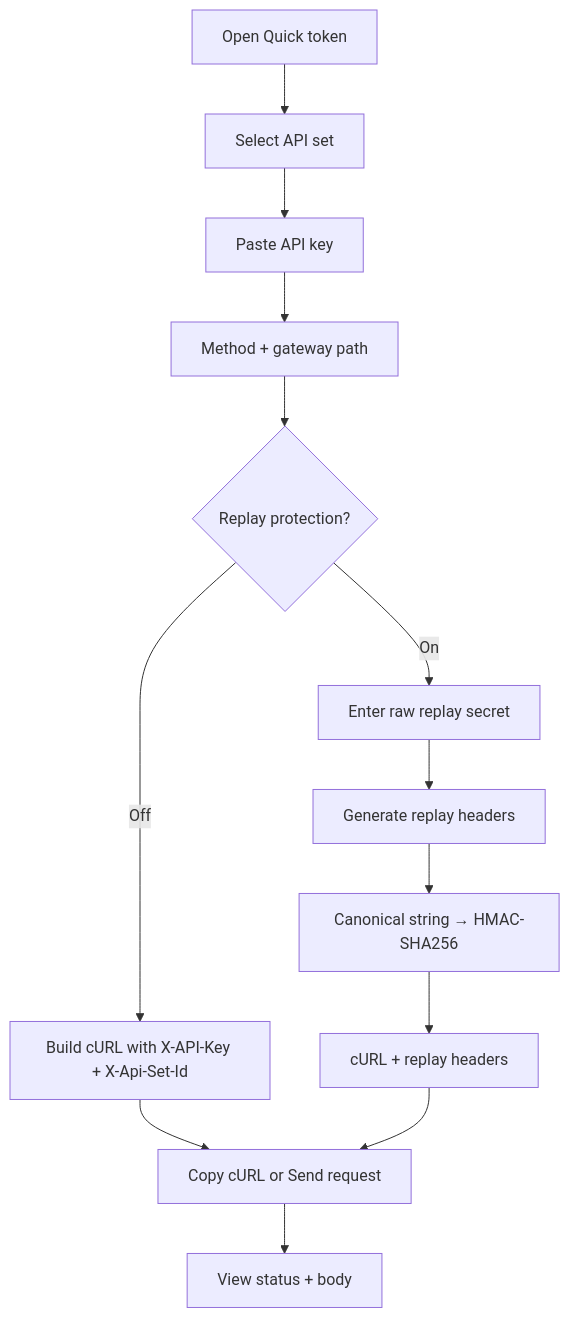
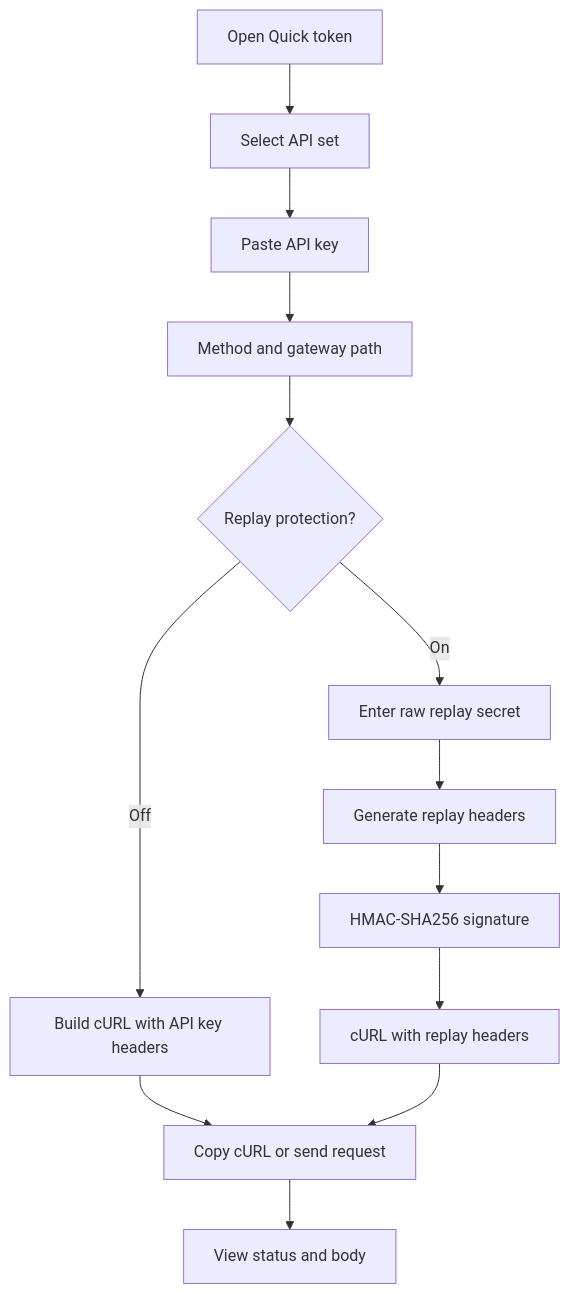
Diagram 14 of 17 in USER_JOURNEY.md (hr-sargazi/temp-md-server), drawn with Mermaid before and after one commit. The commit also changed other lines of this file, not shown here.

````diff
--- a/USER_JOURNEY.md
+++ b/USER_JOURNEY.md
@@ -426,15 +428,15 @@
 ```mermaid
 flowchart TD
-  A[Open Quick token] --> B[Select API set]
-  B --> C[Paste API key]
-  C --> D[Method + gateway path]
+  A["Open Quick token"] --> B["Select API set"]
+  B --> C["Paste API key"]
+  C --> D["Method and gateway path"]
   D --> E{Replay protection?}
-  E -->|Off| F[Build cURL with X-API-Key + X-Api-Set-Id]
-  E -->|On| G[Enter raw replay secret]
-  G --> H[Generate replay headers]
-  H --> I[Canonical string → HMAC-SHA256]
-  I --> J[cURL + replay headers]
-  F --> K[Copy cURL or Send request]
+  E -->|Off| F["Build cURL with API key headers"]
+  E -->|On| G["Enter raw replay secret"]
+  G --> H["Generate replay headers"]
+  H --> I["HMAC-SHA256 signature"]
+  I --> J["cURL with replay headers"]
+  F --> K["Copy cURL or send request"]
   J --> K
-  K --> L[View status + body]
+  K --> L["View status and body"]
 ```
````
